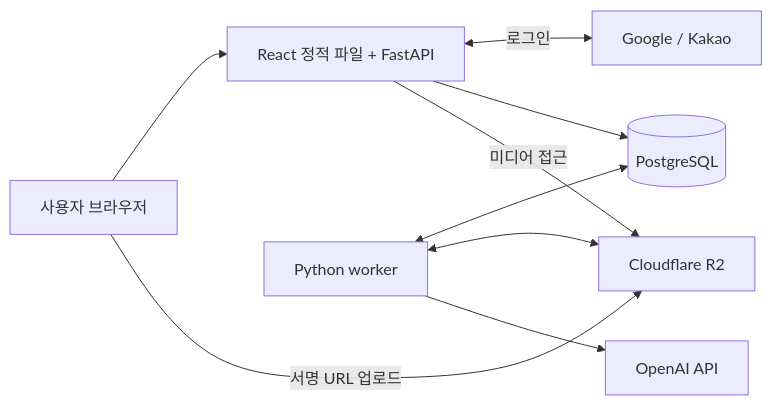
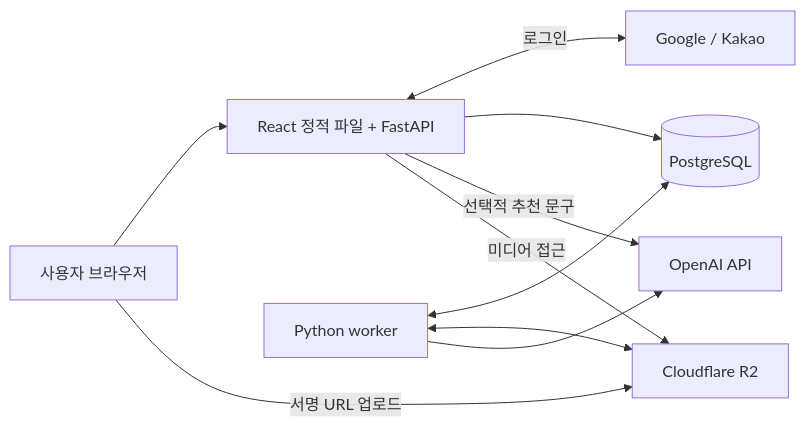
Before and after one commit to jimchoi9/mori_ai: the diagram in README.md, drawn with Mermaid. The commit also changed other lines of this file and 72 other files, not shown here.

````diff
--- a/README.md
+++ b/README.md
@@ -52,11 +54,12 @@
 ```mermaid
 flowchart LR
     User[사용자 브라우저] --> Web[React 정적 파일 + FastAPI]
     User -->|서명 URL 업로드| R2[Cloudflare R2]
     Web <-->|로그인| OAuth[Google / Kakao]
     Web --> DB[(PostgreSQL)]
     Worker[Python worker] <--> DB
     Worker <--> R2
     Worker --> AI[OpenAI API]
+    Web -->|선택적 추천 문구| AI
     Web -->|미디어 접근| R2
 ```
````
